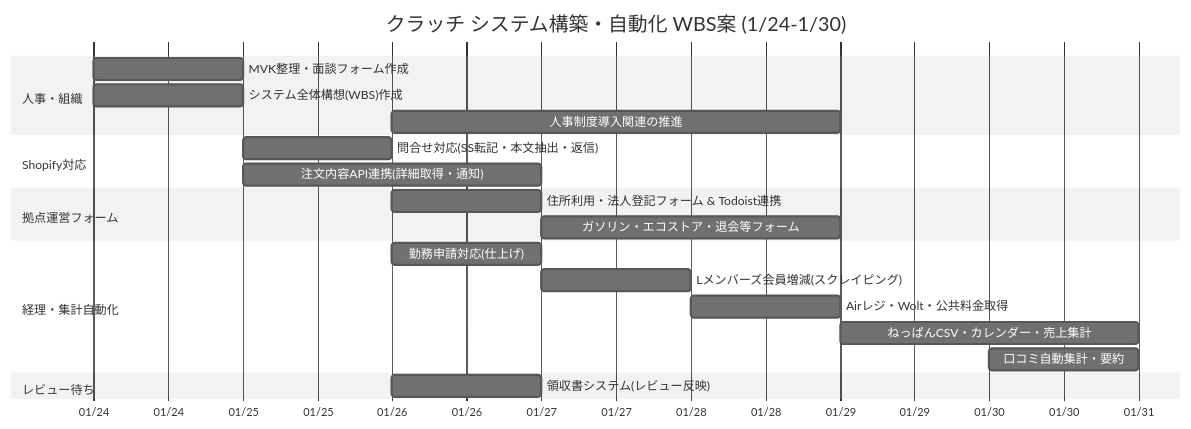
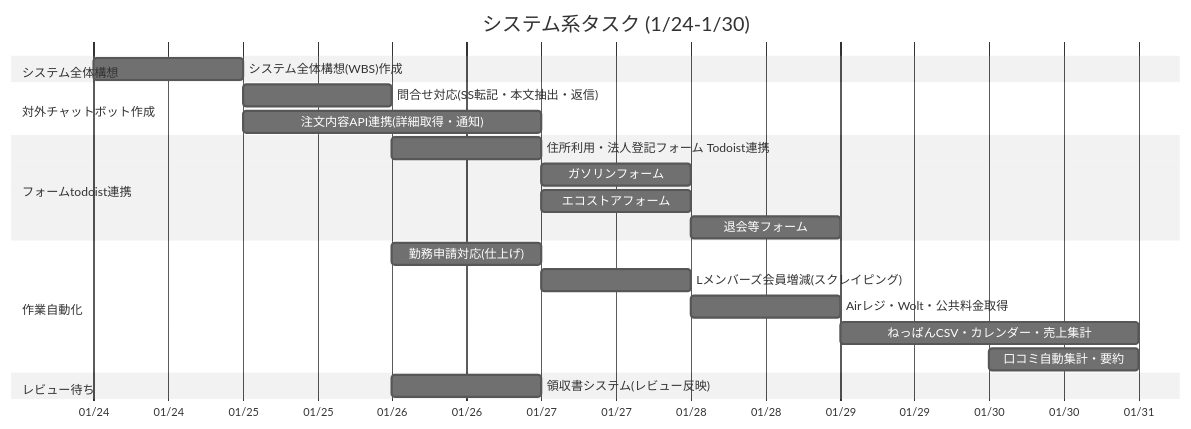
One commit to yutaro2413/task-management changed the first of 5 diagrams in タスク整理・思考の整理.md. Above: the diagram before and after it, drawn with Mermaid (neutral theme). The commit also changed other lines of this file and 1 other file, not shown here.

````diff
--- a/タスク整理・思考の整理.md
+++ b/タスク整理・思考の整理.md
@@ -43,29 +44,29 @@
 ```mermaid
 gantt
-    title クラッチ システム構築・自動化 WBS案 (1/24-1/30)
-    dateFormat  MM-DD
-    axisFormat  %m/%d
+    title システム系タスク (1/24-1/30)
+    dateFormat YYYY-MM-DD
+    axisFormat %m/%d
 
-    section 人事・組織
-    MVK整理・面談フォーム作成      :a1, 01-24, 1d
-    システム全体構想(WBS)作成     :a2, 01-24, 1d
-    人事制度導入関連の推進        :a3, 01-26, 3d
+    section システム全体構想
+    システム全体構想(WBS)作成     :a2, 2024-01-24, 1d
 
-    section Shopify対応
-    問合せ対応(SS転記・本文抽出・返信) :b1, 01-25, 1d
-    注文内容API連携(詳細取得・通知) :b2, 01-25, 2d
+    section 対外チャットボット作成
+    問合せ対応(SS転記・本文抽出・返信) :b1, 2024-01-25, 1d
+    注文内容API連携(詳細取得・通知) :b2, 2024-01-25, 2d
 
-    section 拠点運営フォーム
-    住所利用・法人登記フォーム & Todoist連携 :c1, 01-26, 1d
-    ガソリン・エコストア・退会等フォーム :c2, 01-27, 2d
+    section フォームtodoist連携
+    住所利用・法人登記フォーム Todoist連携 :c1, 2024-01-26, 1d
+    ガソリンフォーム :c21, 2024-01-27, 1d
+    エコストアフォーム :c22, 2024-01-27, 1d
+    退会等フォーム :c23, 2024-01-28, 1d
 
-    section 経理・集計自動化
-    勤務申請対応(仕上げ)          :d1, 01-26, 1d
-    Lメンバーズ会員増減(スクレイピング) :d2, 01-27, 1d
-    Airレジ・Wolt・公共料金取得    :d3, 01-28, 1d
-    ねっぱんCSV・カレンダー・売上集計 :d4, 01-29, 2d
-    口コミ自動集計・要約          :d5, 01-30, 1d
+    section 作業自動化
+    勤務申請対応(仕上げ)          :d1, 2024-01-26, 1d
+    Lメンバーズ会員増減(スクレイピング) :d2, 2024-01-27, 1d
+    Airレジ・Wolt・公共料金取得    :d3, 2024-01-28, 1d
+    ねっぱんCSV・カレンダー・売上集計 :d4, 2024-01-29, 2d
+    口コミ自動集計・要約          :d5, 2024-01-30, 1d
 
     section レビュー待ち
-    領収書システム(レビュー反映)     :e1, 01-26, 1d
+    領収書システム(レビュー反映)     :e1, 2024-01-26, 1d
 ```
````
